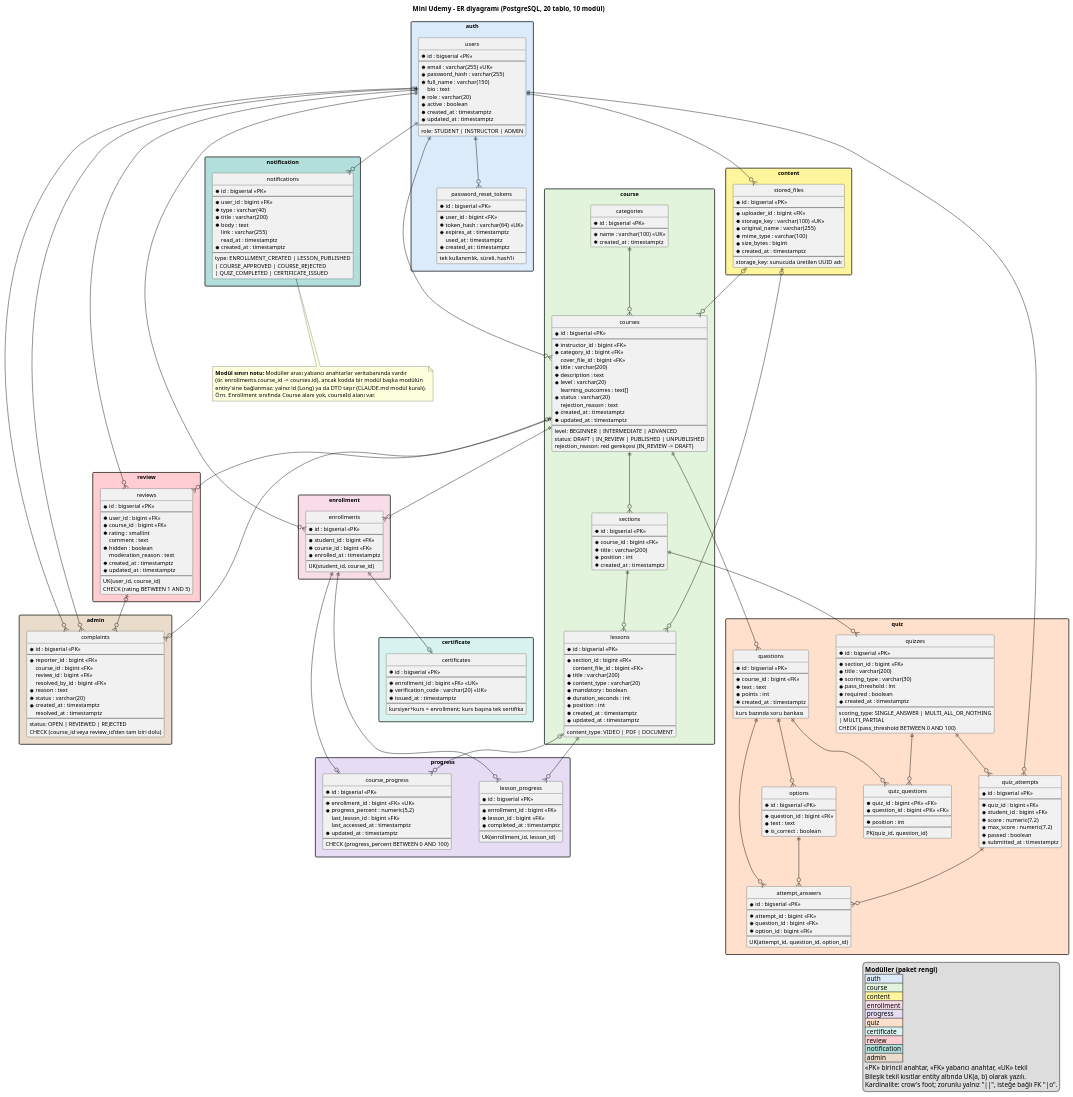
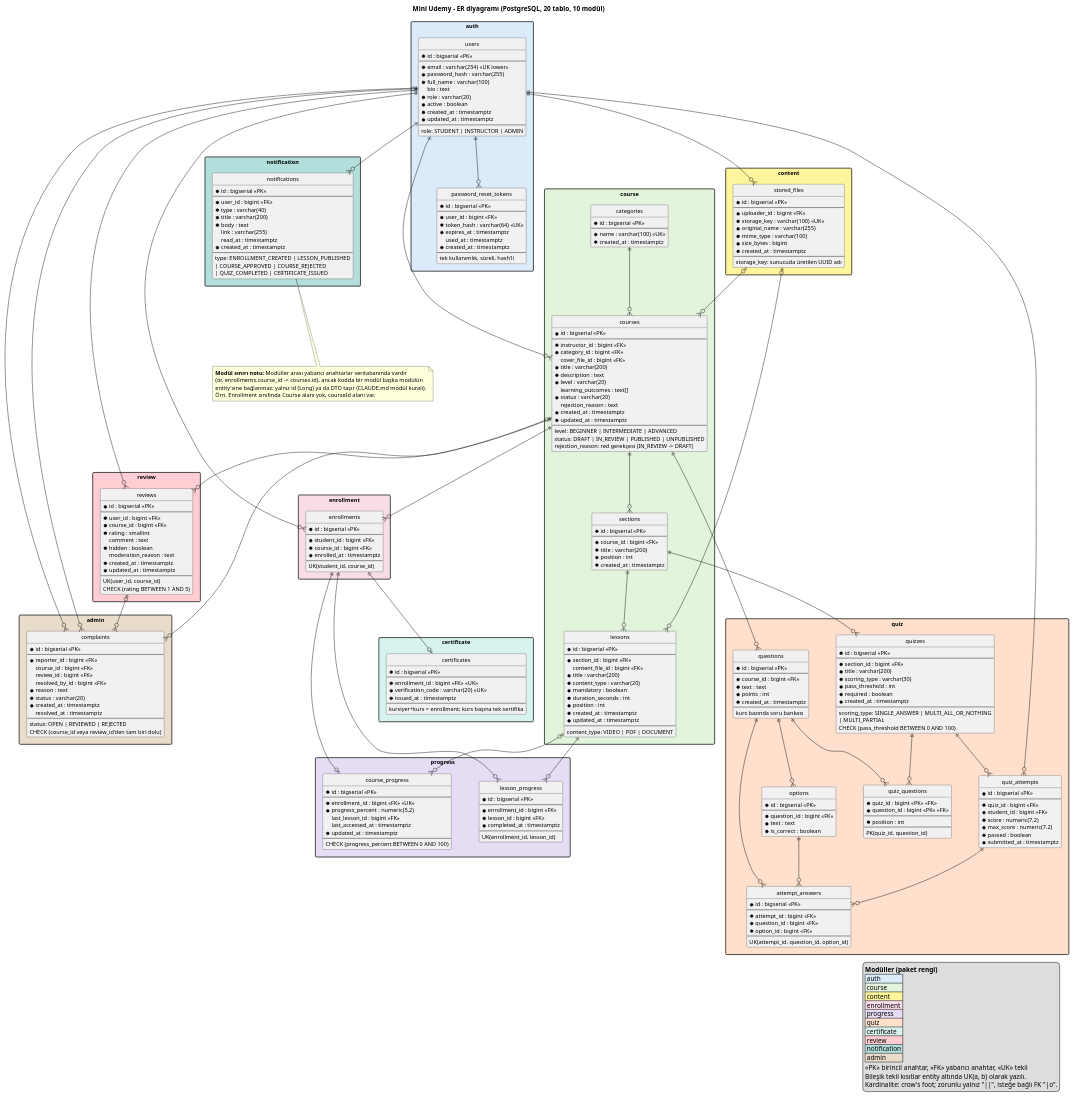
Before and after one commit to Bertanokt/mini-udemy: the diagram in docs/diagrams/er.puml, drawn with PlantUML. The commit also changed 3 other files, not shown here.

```diff
--- a/docs/diagrams/er.puml
+++ b/docs/diagrams/er.puml
@@ -19,9 +19,9 @@
   entity users {
     * id : bigserial <<PK>>
     --
-    * email : varchar(255) <<UK>>
+    * email : varchar(254) <<UK lower>>
     * password_hash : varchar(255)
-    * full_name : varchar(150)
+    * full_name : varchar(100)
     bio : text
     * role : varchar(20)
     * active : boolean
```
